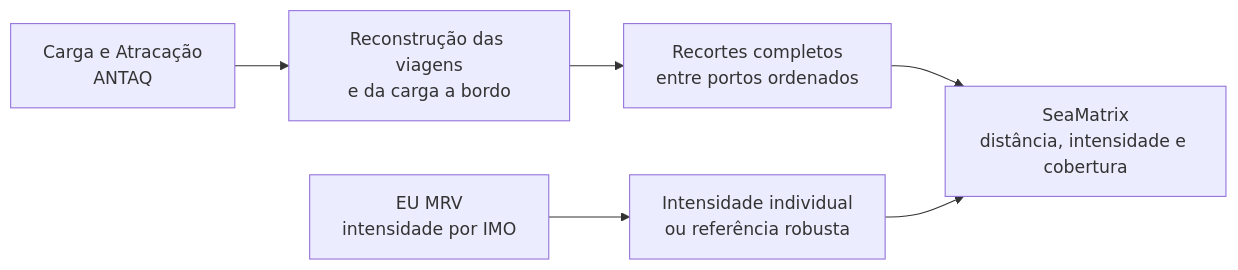
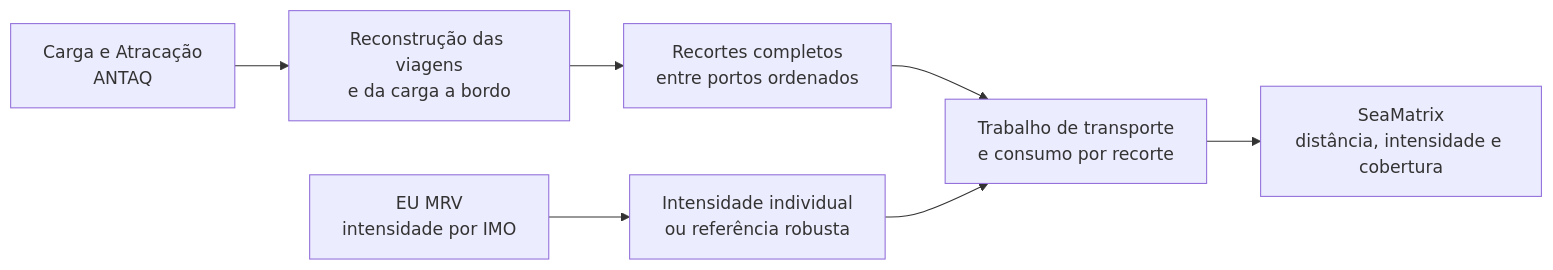
The fifth of 5 diagrams in docs/tf_technical_article_draft.md (pennylanesccp/cabotage-lens), drawn with Mermaid before and after one commit. The commit also changed other lines of this file and 4 other files, not shown here.

````diff
--- a/docs/tf_technical_article_draft.md
+++ b/docs/tf_technical_article_draft.md
@@ -764,8 +777,7 @@
 ```mermaid
 flowchart LR
     A["Carga e Atracação<br/>ANTAQ"] --> B["Reconstrução das viagens<br/>e da carga a bordo"]
-    B --> C["Recortes completos<br/>entre portos ordenados"]
+    B --> C["Recortes completos<br/>entre portos ordenados"] --> T
     D["EU MRV<br/>intensidade por IMO"] --> E["Intensidade individual<br/>ou referência robusta"]
-    C --> F["SeaMatrix<br/>distância, intensidade e cobertura"]
-    E --> F
+    E --> T["Trabalho de transporte<br/>e consumo por recorte"] --> F["SeaMatrix<br/>distância, intensidade e cobertura"]
 ```
````
